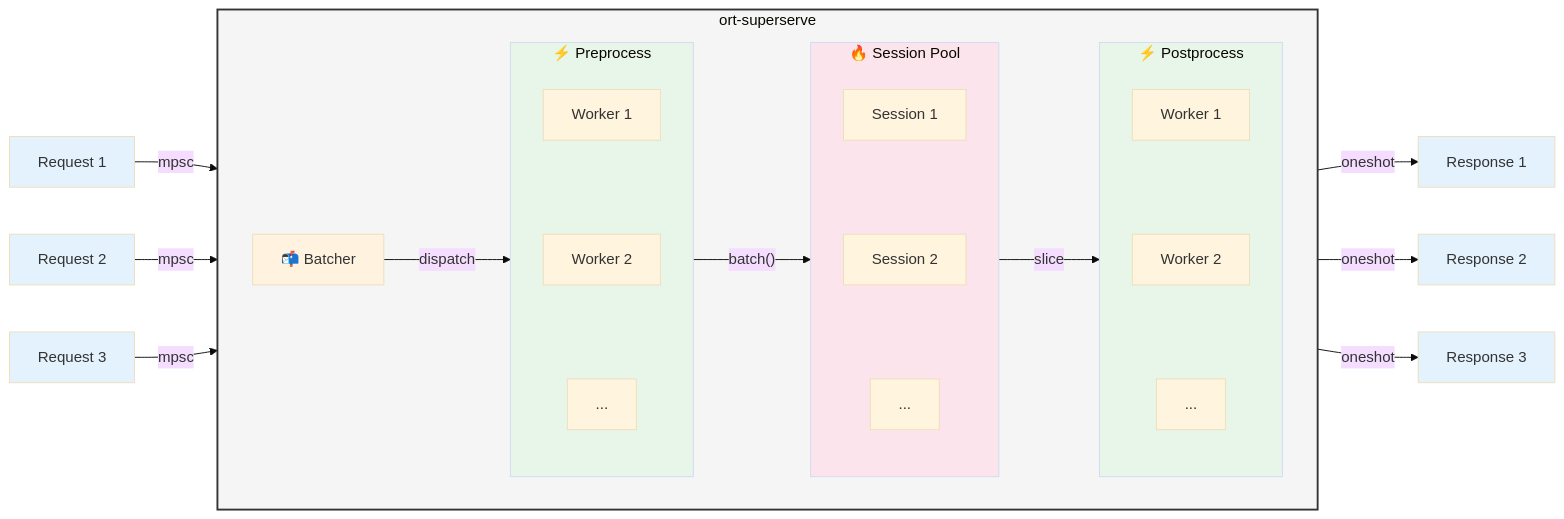
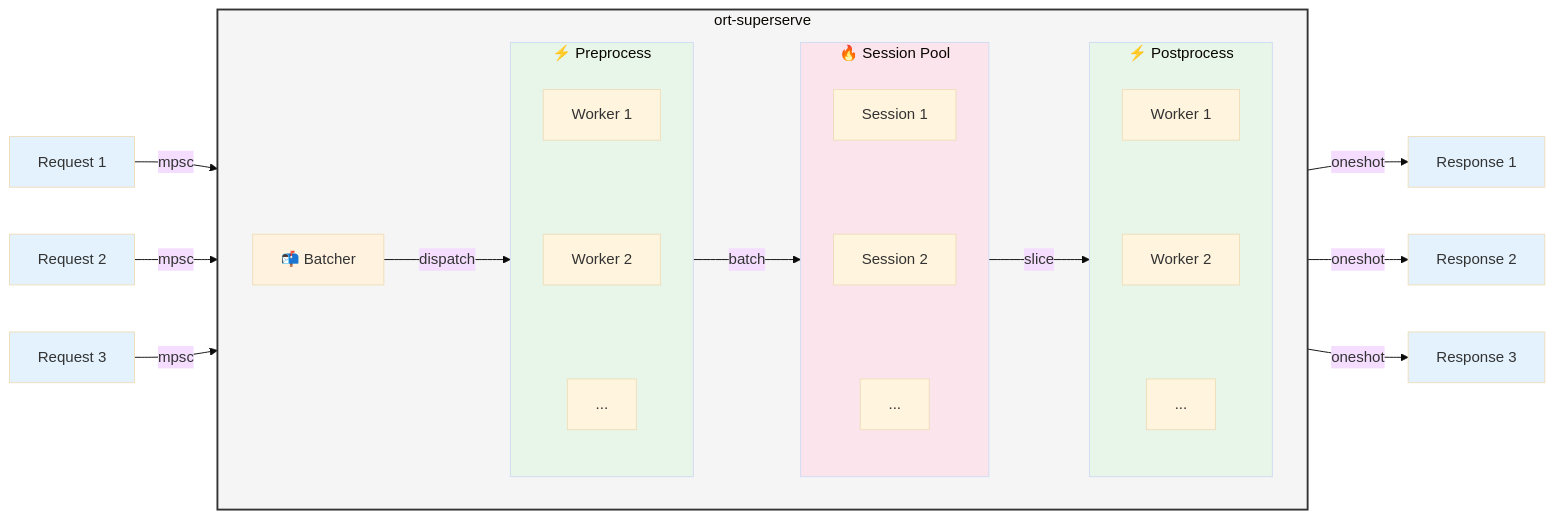
Before and after one commit to JiraPit/ort-superserve: the diagram in diagrams/flow.mmd, drawn with Mermaid (base theme). The commit also changed 1 other file, not shown here.

Commit message:
Remove parentheses from batch label in diagram

```diff
--- a/diagrams/flow.mmd
+++ b/diagrams/flow.mmd
@@ -1,49 +1,49 @@
 flowchart LR
     R1["Request 1"] -->|"mpsc"| Batcher["📬 Batcher"]
     R2["Request 2"] -->|"mpsc"| Batcher
     R3["Request 3"] -->|"mpsc"| Batcher
     
     subgraph INSIDE["ort-superserve"]
         direction LR
         
         subgraph P["⚡ Preprocess"]
             P1["Worker 1"]
             P2["Worker 2"]
             P3["..."]
             P1 ~~~ P2 ~~~ P3
         end
         
         subgraph S["🔥 Session Pool"]
             S1["Session 1"]
             S2["Session 2"]
             S3["..."]
             S1 ~~~ S2 ~~~ S3
         end
         
         subgraph PP["⚡ Postprocess"]
             PP1["Worker 1"]
             PP2["Worker 2"]
             PP3["..."]
             PP1 ~~~ PP2 ~~~ PP3
         end
         
         Batcher -->|"dispatch"| P
-        P -->|"batch()"| S
+        P -->|"batch"| S
         S -->|"slice"| PP
     end
     
     PP -->|"oneshot"| O1["Response 1"]
     PP -->|"oneshot"| O2["Response 2"]
     PP -->|"oneshot"| O3["Response 3"]
     
     style INSIDE fill:#f5f5f5,stroke:#333,stroke-width:2px
     style Batcher fill:#fff3e0
     style P fill:#e8f5e9
     style S fill:#fce4ec
     style PP fill:#e8f5e9
     style R1 fill:#e3f2fd
     style R2 fill:#e3f2fd
     style R3 fill:#e3f2fd
     style O1 fill:#e3f2fd
     style O2 fill:#e3f2fd
     style O3 fill:#e3f2fd
```
